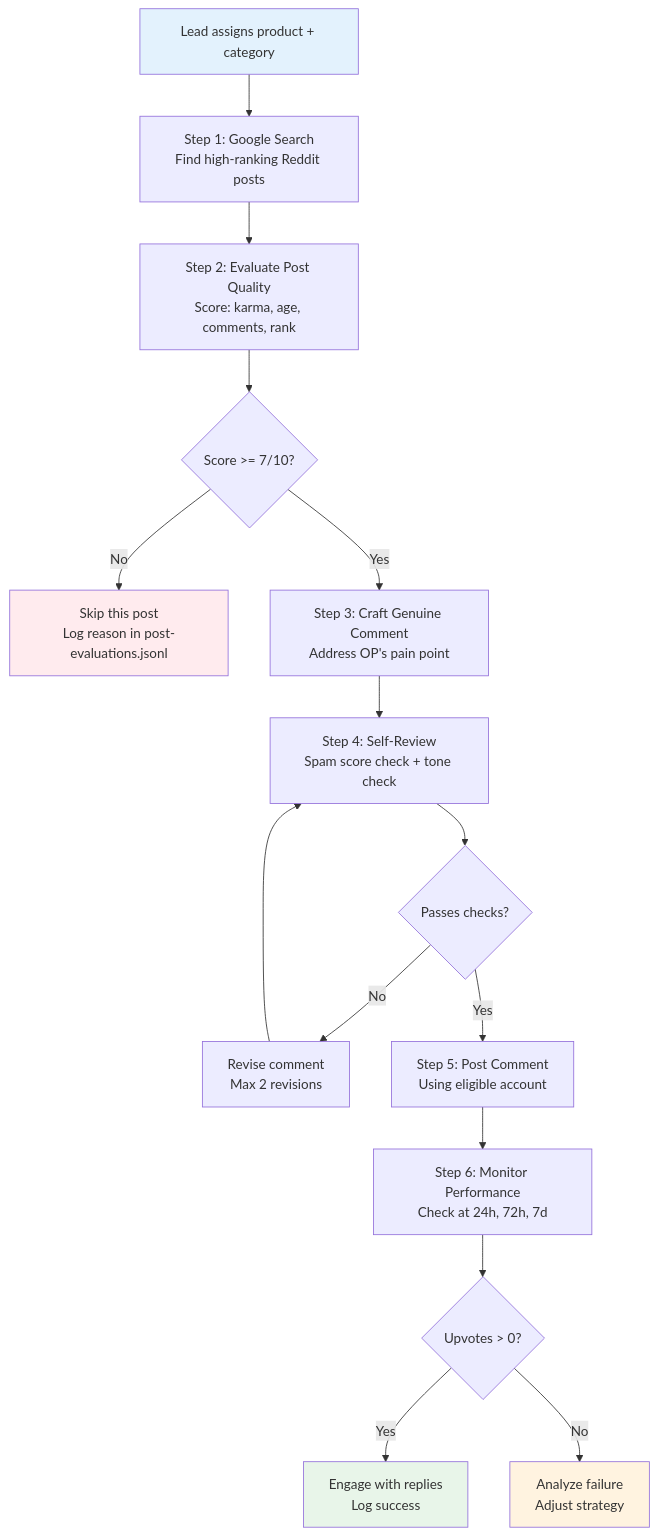
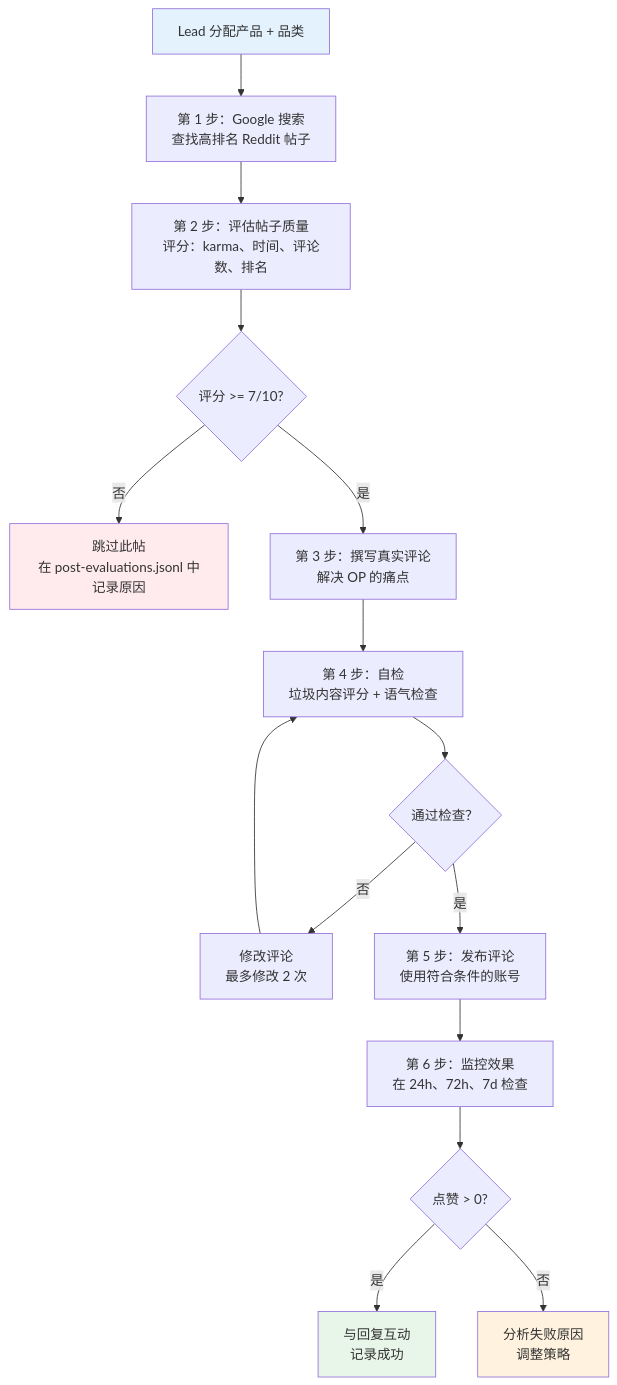
The second of 5 diagrams in plans/PLAN-reddit-specialist.md (chan-kinghin/e-commerce-claw), drawn with Mermaid before and after one commit. The commit also changed other lines of this file and 55 other files, not shown here.

````diff
--- a/plans/PLAN-reddit-specialist.md
+++ b/plans/PLAN-reddit-specialist.md
@@ -570,22 +570,22 @@
 ```mermaid
 flowchart TD
-    START["Lead assigns product + category"] --> SEARCH["Step 1: Google Search<br/>Find high-ranking Reddit posts"]
-    SEARCH --> EVALUATE["Step 2: Evaluate Post Quality<br/>Score: karma, age, comments, rank"]
-    EVALUATE --> DECIDE{Score >= 7/10?}
-    DECIDE -->|No| SKIP["Skip this post<br/>Log reason in post-evaluations.jsonl"]
-    DECIDE -->|Yes| CRAFT["Step 3: Craft Genuine Comment<br/>Address OP's pain point"]
-    CRAFT --> REVIEW["Step 4: Self-Review<br/>Spam score check + tone check"]
-    REVIEW --> PASS{Passes checks?}
-    PASS -->|No| REVISE["Revise comment<br/>Max 2 revisions"]
+    START["Lead 分配产品 + 品类"] --> SEARCH["第 1 步：Google 搜索<br/>查找高排名 Reddit 帖子"]
+    SEARCH --> EVALUATE["第 2 步：评估帖子质量<br/>评分：karma、时间、评论数、排名"]
+    EVALUATE --> DECIDE{评分 >= 7/10?}
+    DECIDE -->|否| SKIP["跳过此帖<br/>在 post-evaluations.jsonl 中记录原因"]
+    DECIDE -->|是| CRAFT["第 3 步：撰写真实评论<br/>解决 OP 的痛点"]
+    CRAFT --> REVIEW["第 4 步：自检<br/>垃圾内容评分 + 语气检查"]
+    REVIEW --> PASS{通过检查？}
+    PASS -->|否| REVISE["修改评论<br/>最多修改 2 次"]
     REVISE --> REVIEW
-    PASS -->|Yes| POST["Step 5: Post Comment<br/>Using eligible account"]
-    POST --> MONITOR["Step 6: Monitor Performance<br/>Check at 24h, 72h, 7d"]
-    MONITOR --> POSITIVE{Upvotes > 0?}
-    POSITIVE -->|Yes| MAINTAIN["Engage with replies<br/>Log success"]
-    POSITIVE -->|No| ANALYZE["Analyze failure<br/>Adjust strategy"]
+    PASS -->|是| POST["第 5 步：发布评论<br/>使用符合条件的账号"]
+    POST --> MONITOR["第 6 步：监控效果<br/>在 24h、72h、7d 检查"]
+    MONITOR --> POSITIVE{点赞 > 0?}
+    POSITIVE -->|是| MAINTAIN["与回复互动<br/>记录成功"]
+    POSITIVE -->|否| ANALYZE["分析失败原因<br/>调整策略"]
 
     style START fill:#E3F2FD
     style SKIP fill:#FFEBEE
     style MAINTAIN fill:#E8F5E9
     style ANALYZE fill:#FFF3E0
 ```
````
